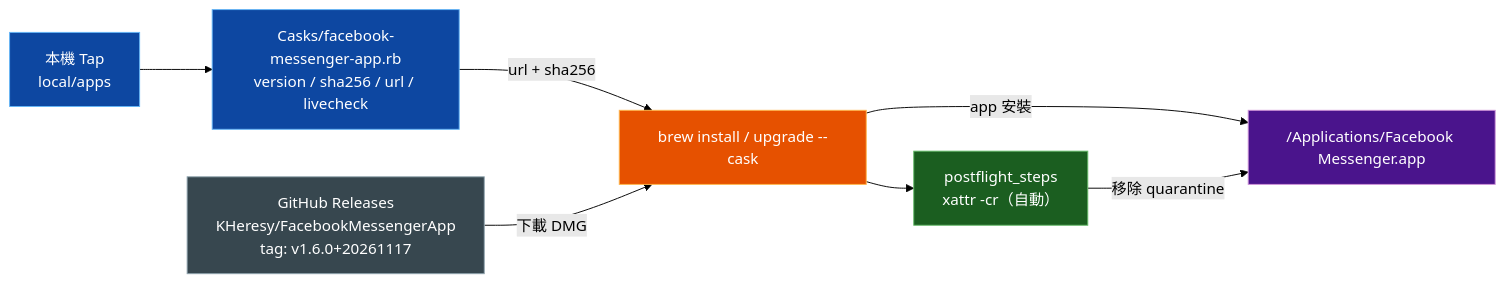
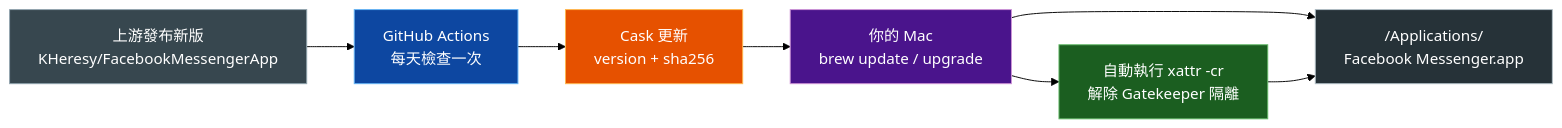
The diagram in README-macos-brew-tw.md (stzengpx/FacebookMessengerApp), drawn with Mermaid (forest theme) before and after one commit. The commit also changed other lines of this file and 3 other files, not shown here.

````diff
--- a/README-macos-brew-tw.md
+++ b/README-macos-brew-tw.md
@@ -13,22 +16,19 @@
 ```mermaid
 flowchart LR
-    GH["GitHub Releases<br/>KHeresy/FacebookMessengerApp<br/>tag: v1.6.0+20261117"]:::ext
-    TAP["本機 Tap<br/>local/apps"]:::tap
-    CASK["Casks/facebook-messenger-app.rb<br/>version / sha256 / url / livecheck"]:::tap
-    BREW["brew install / upgrade --cask"]:::brew
-    APP["/Applications/Facebook Messenger.app"]:::app
-    XATTR["postflight_steps<br/>xattr -cr（自動）"]:::ok
+    REL["上游發布新版<br/>KHeresy/FacebookMessengerApp"]:::ext
+    ACT["GitHub Actions<br/>每天檢查一次"]:::step
+    CASK["Cask 更新<br/>version + sha256"]:::tap
+    BREW["你的 Mac<br/>brew update / upgrade"]:::brew
+    APP["/Applications/<br/>Facebook Messenger.app"]:::app
+    XATTR["自動執行 xattr -cr<br/>解除 Gatekeeper 隔離"]:::ok
 
-    TAP --> CASK
-    CASK -->|"url + sha256"| BREW
-    GH -->|"下載 DMG"| BREW
-    BREW -->|"app 安裝"| APP
-    BREW --> XATTR
-    XATTR -->|"移除 quarantine"| APP
+    REL --> ACT --> CASK --> BREW --> APP
+    BREW --> XATTR --> APP
 
     classDef ext fill:#37474f,color:#fff,stroke:#90a4ae
-    classDef tap fill:#0d47a1,color:#fff,stroke:#64b5f6
-    classDef brew fill:#e65100,color:#fff,stroke:#ffb74d
-    classDef app fill:#4a148c,color:#fff,stroke:#ce93d8
+    classDef step fill:#0d47a1,color:#fff,stroke:#64b5f6
+    classDef tap fill:#e65100,color:#fff,stroke:#ffb74d
+    classDef brew fill:#4a148c,color:#fff,stroke:#ce93d8
+    classDef app fill:#263238,color:#fff,stroke:#b0bec5
     classDef ok fill:#1b5e20,color:#fff,stroke:#66bb6a
 ```
````
